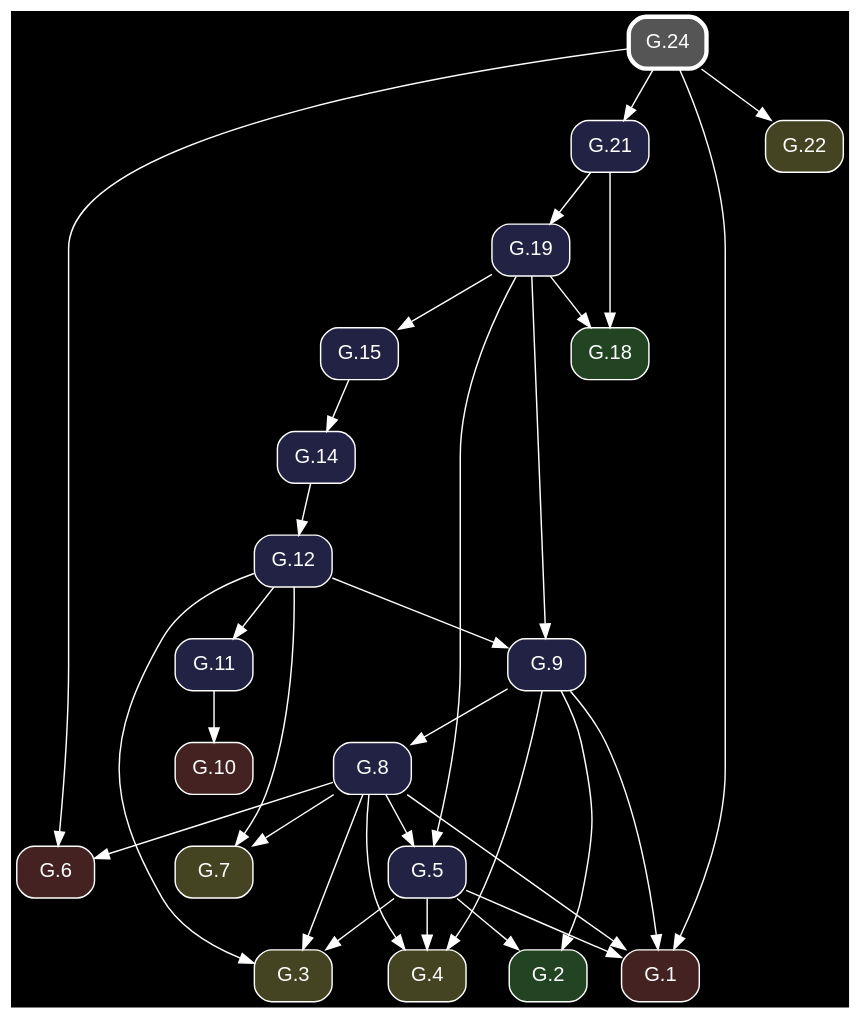
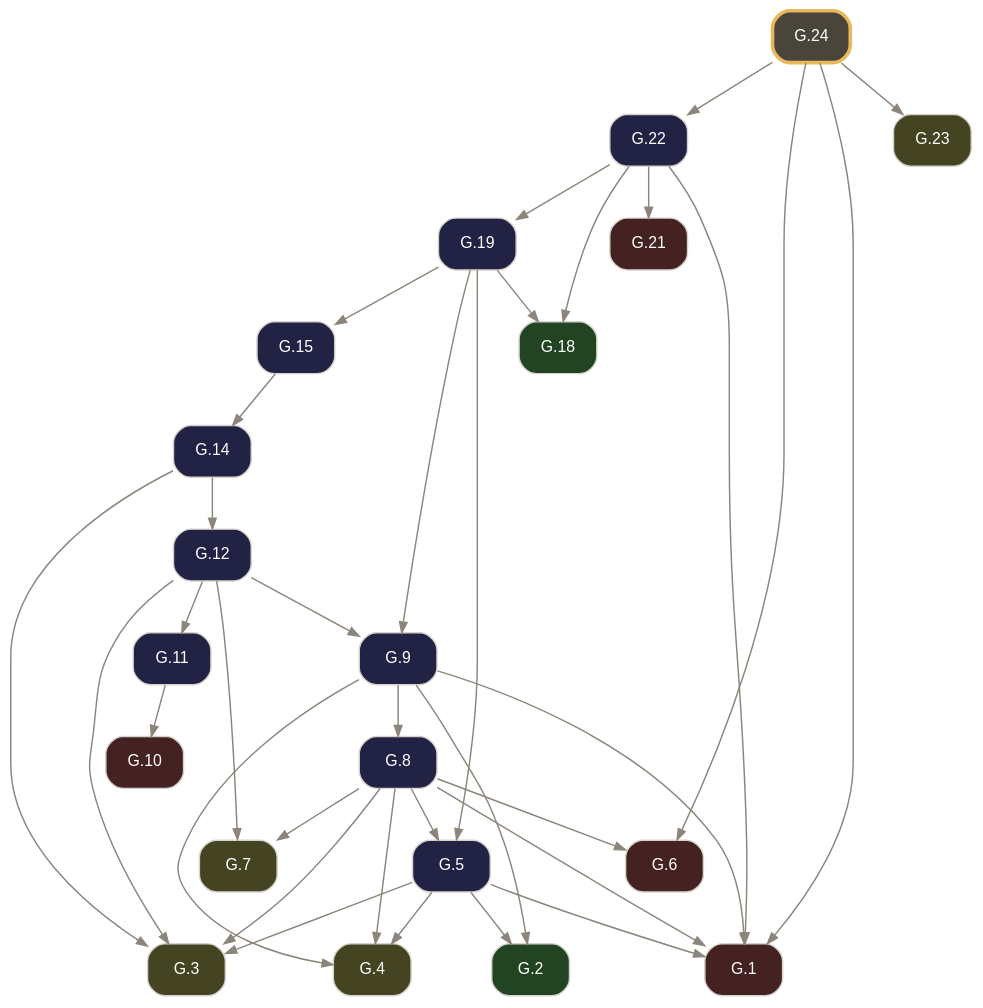
Before and after one commit to geometor/elements: the diagram in docsrc/elements2/G.24/index.rst, drawn with Graphviz. The commit also changed other lines of this file and 261 other files, not shown here.

Commit message:
feat: rebuild Elements 2.0 G-Index pipeline from composed Euclid Heath edition (v0.3.0)

```diff
--- a/docsrc/elements2/G.24/index.rst
+++ b/docsrc/elements2/G.24/index.rst
@@ -75,58 +77,62 @@
 .. graphviz::
 
    digraph {
-     bgcolor="black";
-     node [shape=box, style="rounded,filled", fontname="Helvetica", color="white", fontcolor="white"];
-     edge [color="white", fontcolor="white"];
+     bgcolor="transparent";
+     node [shape=box, style="rounded,filled", fontname="Helvetica", fontsize=11, color="#d6d3cd", fontcolor="#ffffff"];
+     edge [color="#8c857b", fontcolor="#8c857b", arrowsize=0.75];
      rankdir="TB";
-     "G.6" [label="G.6", fillcolor="#442222", URL="/elements2/G.6/", target="_top"];
-     "G.19" [label="G.19", fillcolor="#222244", URL="/elements2/G.19/", target="_top"];
-     "G.21" [label="G.21", fillcolor="#222244", URL="/elements2/G.21/", target="_top"];
-     "G.7" [label="G.7", fillcolor="#444422", URL="/elements2/G.7/", target="_top"];
-     "G.10" [label="G.10", fillcolor="#442222", URL="/elements2/G.10/", target="_top"];
-     "G.24" [label="G.24", penwidth=3, color="white", fillcolor="#555555", URL="/elements2/G.24/", target="_top"];
-     "G.3" [label="G.3", fillcolor="#444422", URL="/elements2/G.3/", target="_top"];
-     "G.15" [label="G.15", fillcolor="#222244", URL="/elements2/G.15/", target="_top"];
-     "G.5" [label="G.5", fillcolor="#222244", URL="/elements2/G.5/", target="_top"];
-     "G.1" [label="G.1", fillcolor="#442222", URL="/elements2/G.1/", target="_top"];
-     "G.2" [label="G.2", fillcolor="#224422", URL="/elements2/G.2/", target="_top"];
-     "G.12" [label="G.12", fillcolor="#222244", URL="/elements2/G.12/", target="_top"];
-     "G.22" [label="G.22", fillcolor="#444422", URL="/elements2/G.22/", target="_top"];
-     "G.14" [label="G.14", fillcolor="#222244", URL="/elements2/G.14/", target="_top"];
-     "G.8" [label="G.8", fillcolor="#222244", URL="/elements2/G.8/", target="_top"];
-     "G.9" [label="G.9", fillcolor="#222244", URL="/elements2/G.9/", target="_top"];
-     "G.18" [label="G.18", fillcolor="#224422", URL="/elements2/G.18/", target="_top"];
-     "G.11" [label="G.11", fillcolor="#222244", URL="/elements2/G.11/", target="_top"];
-     "G.4" [label="G.4", fillcolor="#444422", URL="/elements2/G.4/", target="_top"];
-     "G.24" -> "G.6";
-     "G.8" -> "G.6";
-     "G.21" -> "G.19";
-     "G.24" -> "G.21";
-     "G.8" -> "G.7";
-     "G.12" -> "G.7";
-     "G.11" -> "G.10";
+     "G.1" [label="G.1", tooltip="G.1 (I.cn.1)", fillcolor="#442222", URL="../G.1/index.html", target="_top"];
+     "G.2" [label="G.2", tooltip="G.2 (I.def.15)", fillcolor="#224422", URL="../G.2/index.html", target="_top"];
+     "G.3" [label="G.3", tooltip="G.3 (I.post.1)", fillcolor="#444422", URL="../G.3/index.html", target="_top"];
+     "G.4" [label="G.4", tooltip="G.4 (I.post.3)", fillcolor="#444422", URL="../G.4/index.html", target="_top"];
+     "G.5" [label="G.5", tooltip="G.5 (I.1)", fillcolor="#222244", URL="../G.5/index.html", target="_top"];
+     "G.6" [label="G.6", tooltip="G.6 (I.cn.3)", fillcolor="#442222", URL="../G.6/index.html", target="_top"];
+     "G.7" [label="G.7", tooltip="G.7 (I.post.2)", fillcolor="#444422", URL="../G.7/index.html", target="_top"];
+     "G.8" [label="G.8", tooltip="G.8 (I.2)", fillcolor="#222244", URL="../G.8/index.html", target="_top"];
+     "G.9" [label="G.9", tooltip="G.9 (I.3)", fillcolor="#222244", URL="../G.9/index.html", target="_top"];
+     "G.10" [label="G.10", tooltip="G.10 (I.cn.4)", fillcolor="#442222", URL="../G.10/index.html", target="_top"];
+     "G.11" [label="G.11", tooltip="G.11 (I.4)", fillcolor="#222244", URL="../G.11/index.html", target="_top"];
+     "G.12" [label="G.12", tooltip="G.12 (I.5)", fillcolor="#222244", URL="../G.12/index.html", target="_top"];
+     "G.14" [label="G.14", tooltip="G.14 (I.7)", fillcolor="#222244", URL="../G.14/index.html", target="_top"];
+     "G.15" [label="G.15", tooltip="G.15 (I.8)", fillcolor="#222244", URL="../G.15/index.html", target="_top"];
+     "G.18" [label="G.18", tooltip="G.18 (I.def.10)", fillcolor="#224422", URL="../G.18/index.html", target="_top"];
+     "G.19" [label="G.19", tooltip="G.19 (I.11)", fillcolor="#222244", URL="../G.19/index.html", target="_top"];
+     "G.21" [label="G.21", tooltip="G.21 (I.cn.2)", fillcolor="#442222", URL="../G.21/index.html", target="_top"];
+     "G.22" [label="G.22", tooltip="G.22 (I.13)", fillcolor="#222244", URL="../G.22/index.html", target="_top"];
+     "G.23" [label="G.23", tooltip="G.23 (I.post.4)", fillcolor="#444422", URL="../G.23/index.html", target="_top"];
+     "G.24" [label="G.24", tooltip="G.24 (I.14)", penwidth=2.5, color="#e8b85a", fillcolor="#4a453b", URL="index.html", target="_top"];
+     "G.5" -> "G.1";
+     "G.8" -> "G.1";
+     "G.9" -> "G.1";
+     "G.22" -> "G.1";
+     "G.24" -> "G.1";
+     "G.5" -> "G.2";
+     "G.9" -> "G.2";
      "G.5" -> "G.3";
      "G.8" -> "G.3";
      "G.12" -> "G.3";
-     "G.19" -> "G.15";
-     "G.19" -> "G.5";
-     "G.8" -> "G.5";
-     "G.5" -> "G.1";
-     "G.24" -> "G.1";
-     "G.8" -> "G.1";
-     "G.9" -> "G.1";
-     "G.5" -> "G.2";
-     "G.9" -> "G.2";
-     "G.14" -> "G.12";
-     "G.24" -> "G.22";
-     "G.15" -> "G.14";
-     "G.9" -> "G.8";
-     "G.19" -> "G.9";
-     "G.12" -> "G.9";
-     "G.19" -> "G.18";
-     "G.21" -> "G.18";
-     "G.12" -> "G.11";
+     "G.14" -> "G.3";
      "G.5" -> "G.4";
      "G.8" -> "G.4";
      "G.9" -> "G.4";
+     "G.8" -> "G.5";
+     "G.19" -> "G.5";
+     "G.8" -> "G.6";
+     "G.24" -> "G.6";
+     "G.8" -> "G.7";
+     "G.12" -> "G.7";
+     "G.9" -> "G.8";
+     "G.12" -> "G.9";
+     "G.19" -> "G.9";
+     "G.11" -> "G.10";
+     "G.12" -> "G.11";
+     "G.14" -> "G.12";
+     "G.15" -> "G.14";
+     "G.19" -> "G.15";
+     "G.19" -> "G.18";
+     "G.22" -> "G.18";
+     "G.22" -> "G.19";
+     "G.22" -> "G.21";
+     "G.24" -> "G.22";
+     "G.24" -> "G.23";
    }
```
